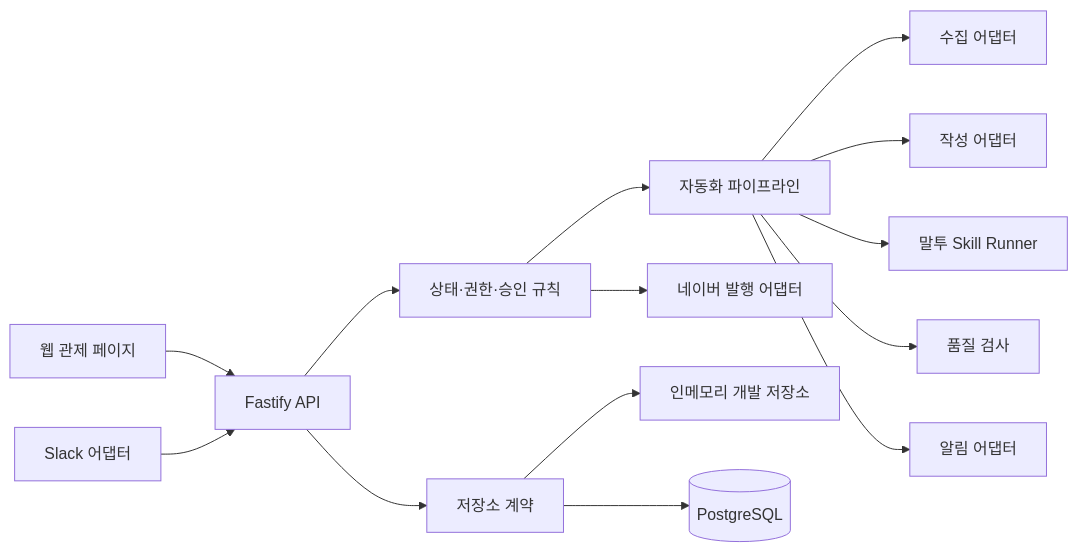
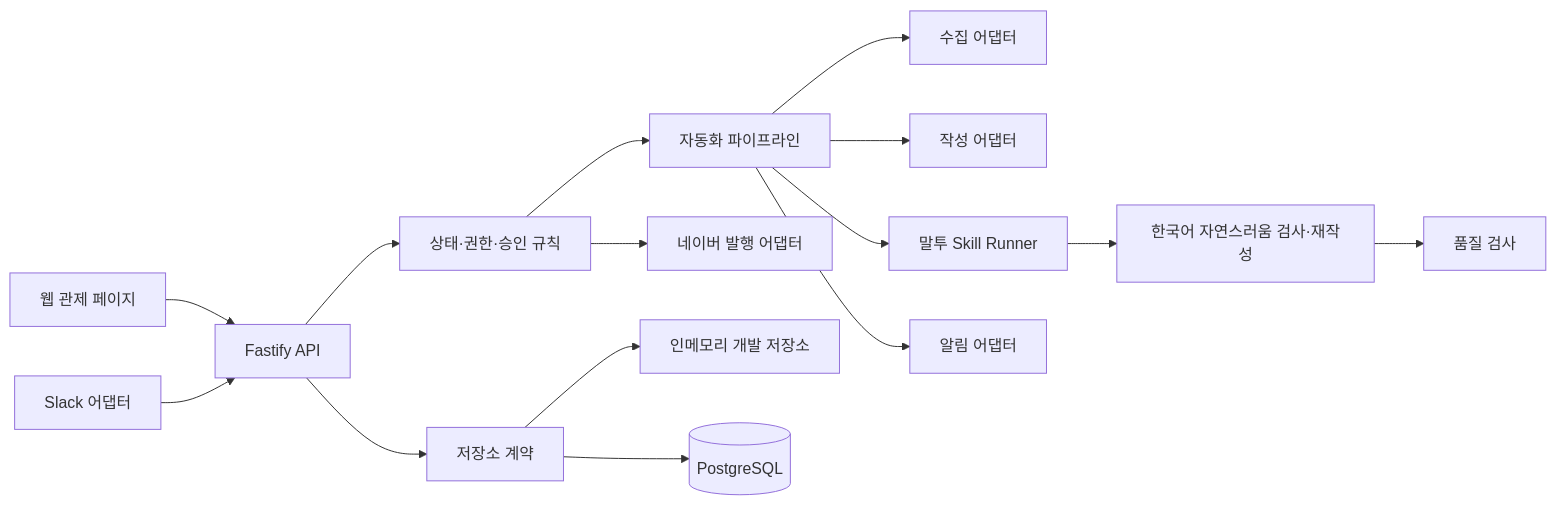
The diagram in docs/ARCHITECTURE.md (sunghyun1003/naverblog), drawn with Mermaid before and after one commit. The commit also changed other lines of this file and 14 other files, not shown here.

````diff
--- a/docs/ARCHITECTURE.md
+++ b/docs/ARCHITECTURE.md
@@ -9,16 +9,17 @@
 ```mermaid
 flowchart LR
   UI[웹 관제 페이지] --> API[Fastify API]
   Slack[Slack 어댑터] --> API
   API --> Domain[상태·권한·승인 규칙]
   Domain --> Pipeline[자동화 파이프라인]
   Pipeline --> Collectors[수집 어댑터]
   Pipeline --> AI[작성 어댑터]
   Pipeline --> Tone[말투 Skill Runner]
-  Pipeline --> QA[품질 검사]
+  Tone --> Native[한국어 자연스러움 검사·재작성]
+  Native --> QA[품질 검사]
   Pipeline --> Notify[알림 어댑터]
   API --> Repo[저장소 계약]
   Repo --> Memory[인메모리 개발 저장소]
   Repo --> Postgres[(PostgreSQL)]
   Domain --> Publisher[네이버 발행 어댑터]
 ```
````
